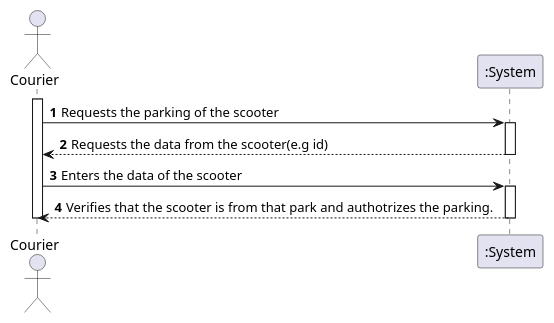
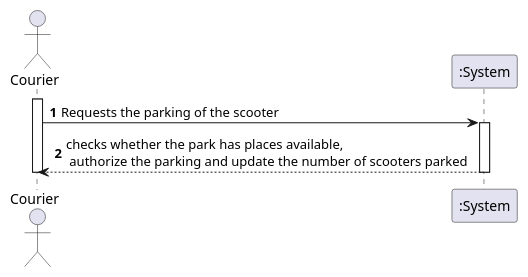
One commit to 1190452/LAPR3 changed the diagram in Documents/UC17/UC17_SSD.puml. Above: the diagram before and after it, drawn with PlantUML. The commit also changed 4 other files, not shown here.

```diff
--- a/Documents/UC17/UC17_SSD.puml
+++ b/Documents/UC17/UC17_SSD.puml
@@ -1,19 +1,13 @@
 @startuml
 autonumber
 actor "Courier" as COR
 
 activate COR
 COR -> ":System" : Requests the parking of the scooter
 activate ":System"
-":System" --> COR : Requests the data from the scooter(e.g id)
-deactivate ":System"
-
-
-COR -> ":System" : Enters the data of the scooter
-activate ":System"
-":System" --> COR : Verifies that the scooter is from that park and authotrizes the parking.
+":System" --> COR : checks whether the park has places available,\n authorize the parking and update the number of scooters parked
 deactivate ":System"
 
 
 deactivate COR
 @enduml
```
